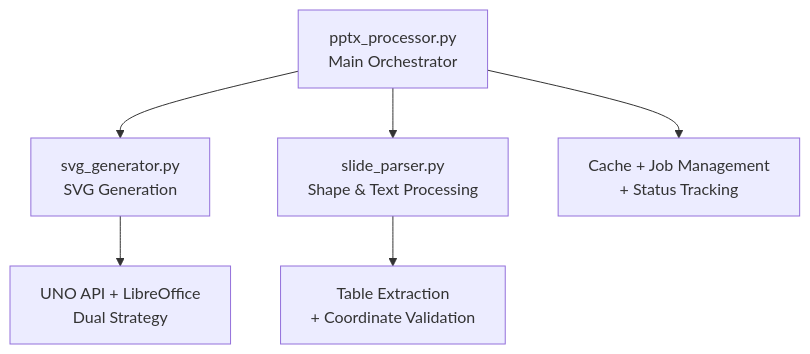
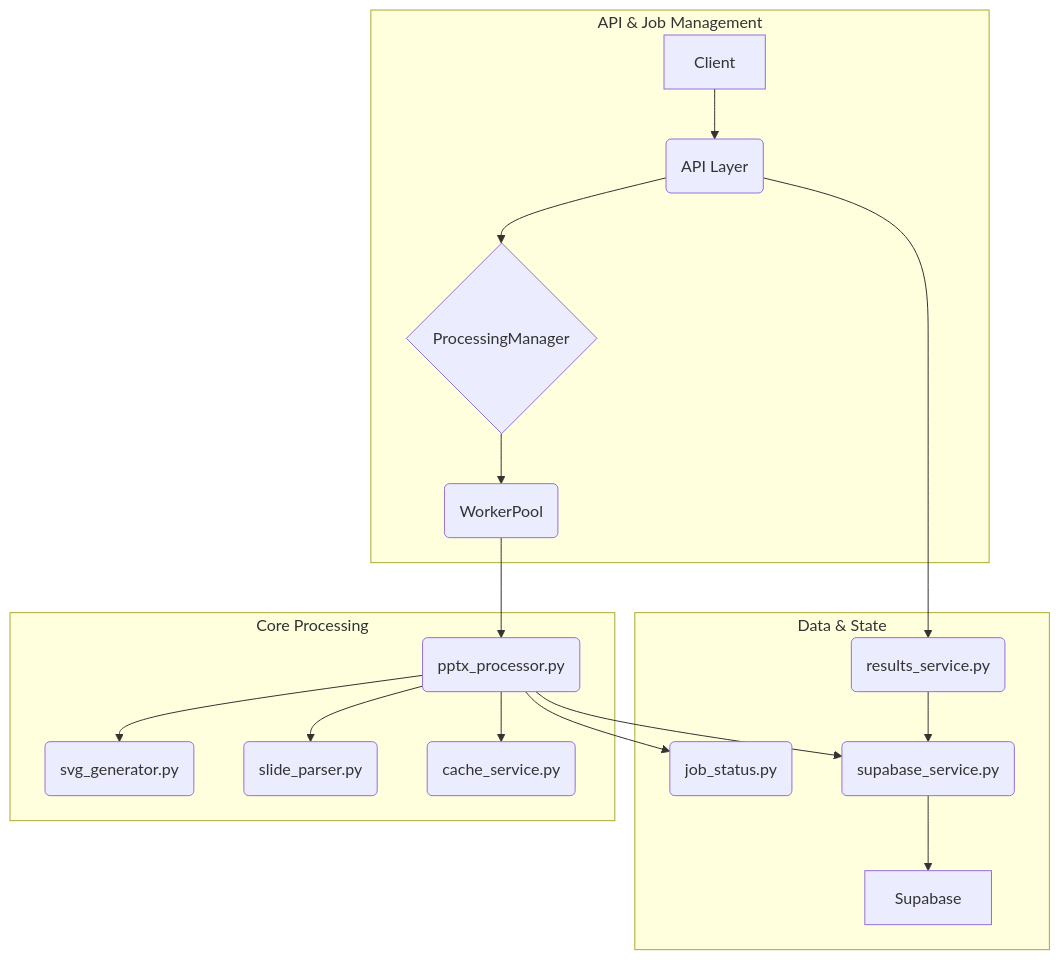
Before and after one commit to OmkarKirpan/pptxTrans: the diagram in services/pptx-processor/memory-bank/activeContext.md, drawn with Mermaid. The commit also changed other lines of this file and 47 other files, not shown here.

First line of the commit message:
Enhance PPTX Processor Service with New Dependencies and Testing Framework

````diff
--- a/services/pptx-processor/memory-bank/activeContext.md
+++ b/services/pptx-processor/memory-bank/activeContext.md
@@ -82,8 +127,21 @@
 ```mermaid
 graph TD
-    A[pptx_processor.py<br/>Main Orchestrator] --> B[svg_generator.py<br/>SVG Generation]
-    A --> C[slide_parser.py<br/>Shape & Text Processing]
-    B --> D[UNO API + LibreOffice<br/>Dual Strategy]
-    C --> E[Table Extraction<br/>+ Coordinate Validation]
-    A --> F[Cache + Job Management<br/>+ Status Tracking]
+    subgraph "API & Job Management"
+        A[Client] --> B(API Layer)
+        B --> C{ProcessingManager}
+        C --> D(WorkerPool)
+    end
+    subgraph "Core Processing"
+        D --> E(pptx_processor.py)
+        E --> F(svg_generator.py)
+        E --> G(slide_parser.py)
+        E --> H(cache_service.py)
+    end
+    subgraph "Data & State"
+        E --> I(job_status.py)
+        E --> J(supabase_service.py)
+        J --> K[Supabase]
+        B --> L(results_service.py)
+        L --> J
+    end
 ```
````
